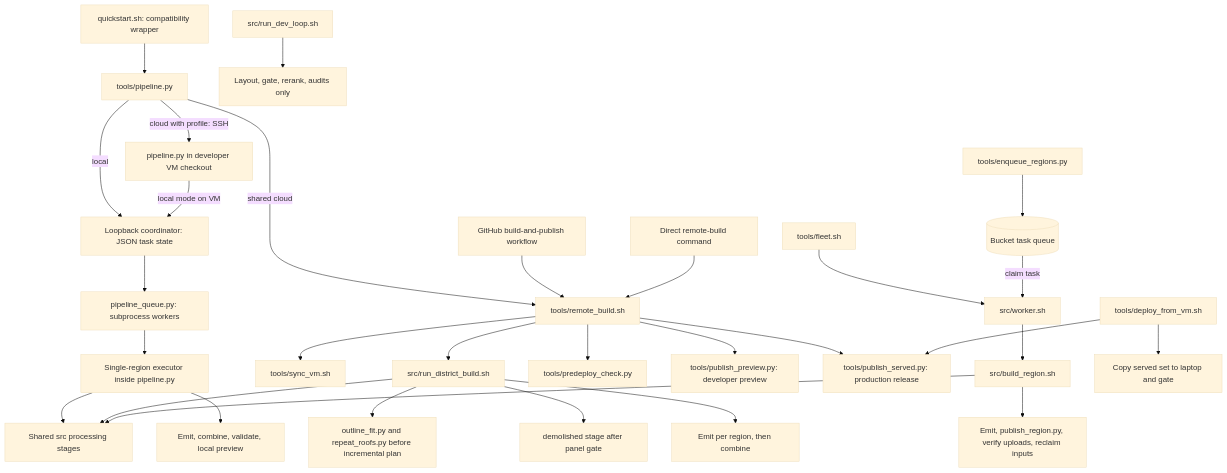
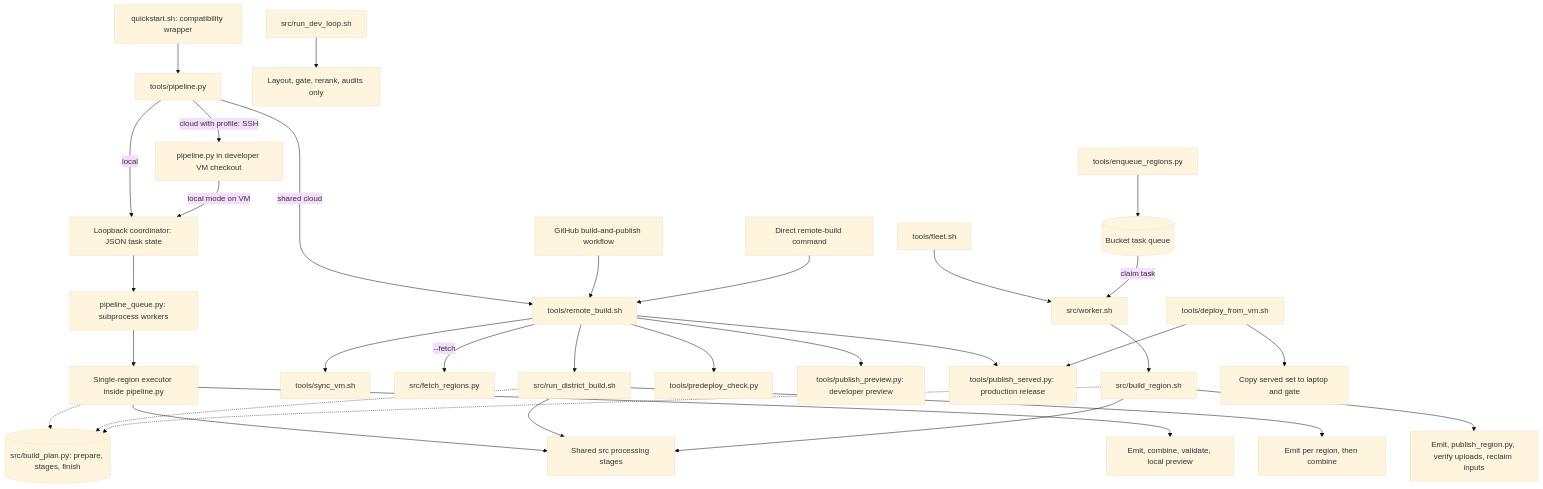
One commit to rewiring-nz/nz-solar-potential changed the first of 4 diagrams in docs/developers/tooling-execution.md. Above: the diagram before and after it, drawn with Mermaid (base theme). The commit also changed other lines of this file and 53 other files, not shown here.

First line of the commit message:
Add LINZ locality regions and unify build execution

````diff
--- a/docs/developers/tooling-execution.md
+++ b/docs/developers/tooling-execution.md
@@ -16,32 +22,34 @@
 ```mermaid
 flowchart TB
   Quick["quickstart.sh: compatibility wrapper"] --> Pipeline["tools/pipeline.py"]
   Pipeline -->|local| LocalQueue["Loopback coordinator: JSON task state"]
   LocalQueue --> LocalWorkers["pipeline_queue.py: subprocess workers"]
   LocalWorkers --> Local["Single-region executor inside pipeline.py"]
   Pipeline -->|cloud with profile: SSH| Profile["pipeline.py in developer VM checkout"]
   Profile -->|local mode on VM| LocalQueue
   Pipeline -->|shared cloud| Remote["tools/remote_build.sh"]
   Actions["GitHub build-and-publish workflow"] --> Remote
   Operator["Direct remote-build command"] --> Remote
   Remote --> Sync["tools/sync_vm.sh"]
+  Remote -->|--fetch| Fetch["src/fetch_regions.py"]
   Remote --> District["src/run_district_build.sh"]
   Remote --> Gate["tools/predeploy_check.py"]
   Remote --> Preview["tools/publish_preview.py: developer preview"]
   Remote --> Release["tools/publish_served.py: production release"]
   Enqueue["tools/enqueue_regions.py"] --> Queue[("Bucket task queue")]
   Fleet["tools/fleet.sh"] --> Worker["src/worker.sh"]
   Queue -->|claim task| Worker
   Worker --> Region["src/build_region.sh"]
+  Local -.-> Plan[("src/build_plan.py: prepare, stages, finish")]
+  District -.-> Plan
+  Region -.-> Plan
   Local --> Stages["Shared src processing stages"]
-  District --> Preparation["outline_fit.py and repeat_roofs.py before incremental plan"]
-  District --> Demolition["demolished stage after panel gate"]
   District --> Stages
   Region --> Stages
   Local --> LocalFinish["Emit, combine, validate, local preview"]
   District --> DistrictFinish["Emit per region, then combine"]
   Region --> RegionFinish["Emit, publish_region.py, verify uploads, reclaim inputs"]
   Dev["src/run_dev_loop.sh"] --> DevStages["Layout, gate, rerank, audits only"]
   Relay["tools/deploy_from_vm.sh"] --> RelayGate["Copy served set to laptop and gate"]
   Relay --> Release
 ```
````
